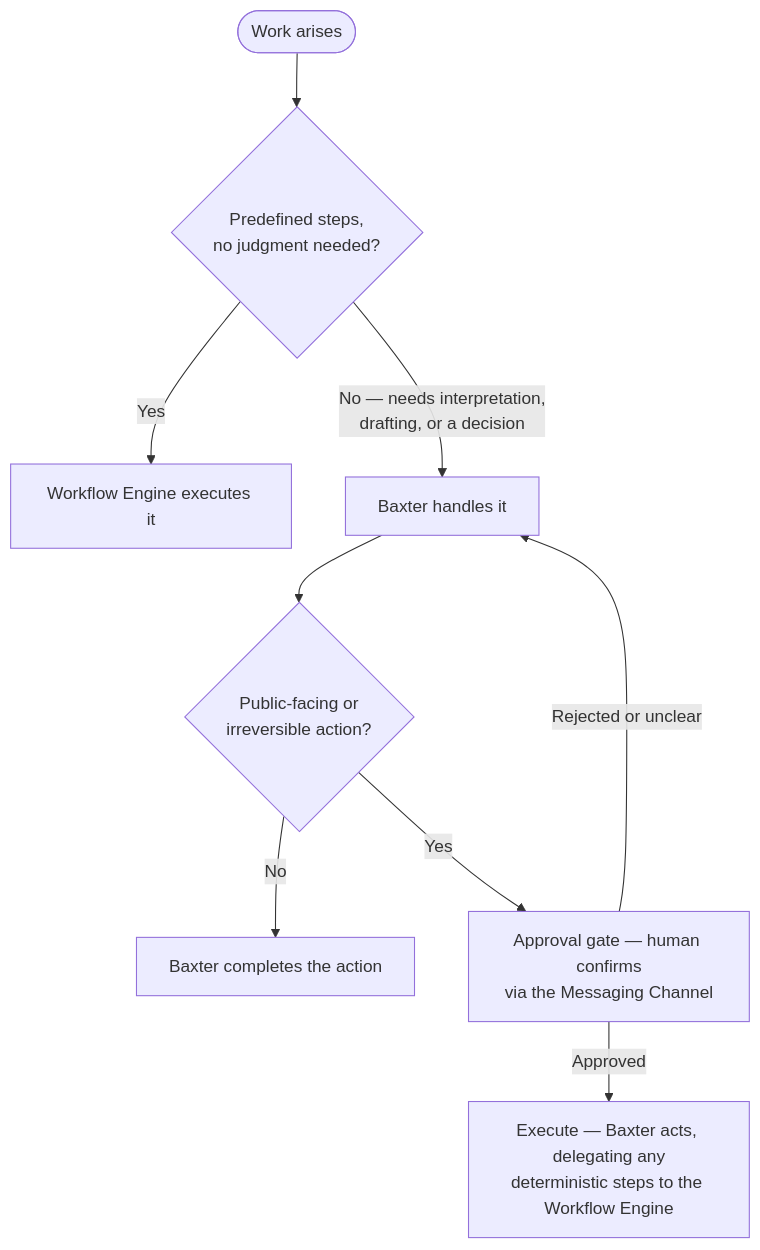
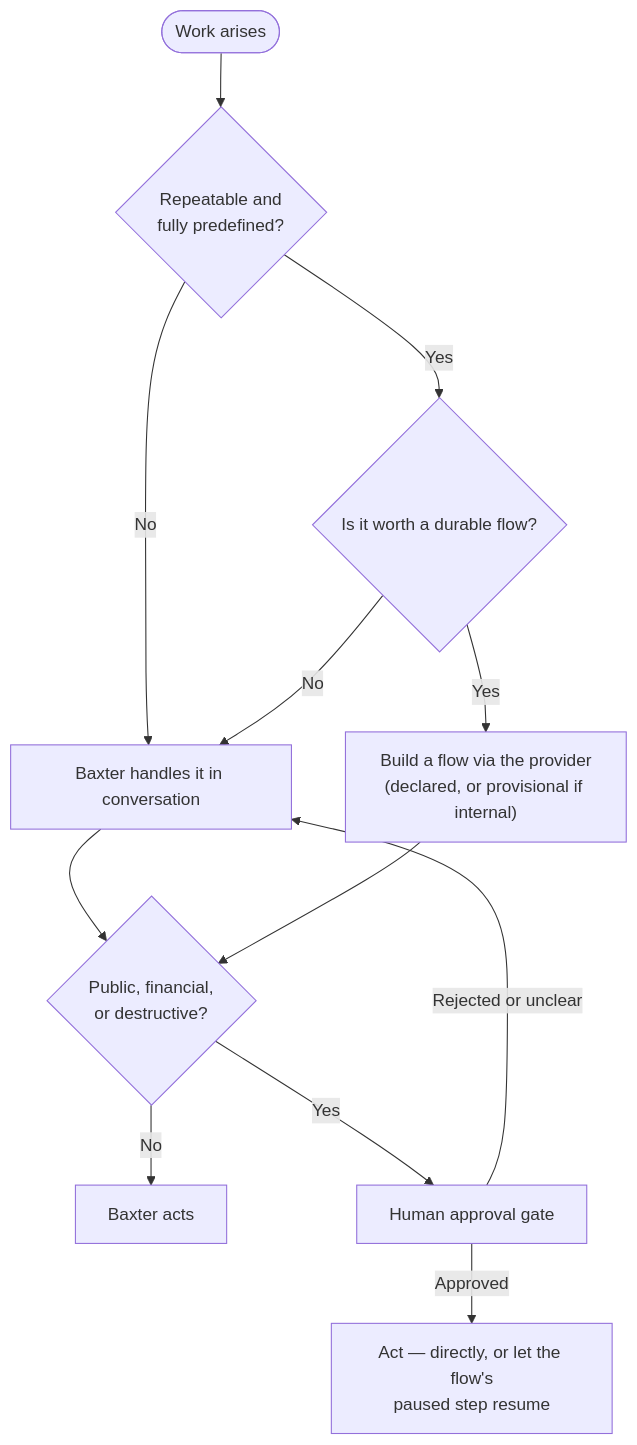
The first of 3 diagrams in references/framework.md (JexxaJ/baxter), drawn with Mermaid before and after one commit. The commit also changed other lines of this file and 28 other files, not shown here.

````diff
--- a/references/framework.md
+++ b/references/framework.md
@@ -92,11 +86,14 @@
 ```mermaid
 flowchart TD
-    T(["Work arises"]) --> Q1{"Predefined steps,<br/>no judgment needed?"}
-    Q1 -->|"Yes"| WFE["Workflow Engine executes it"]
-    Q1 -->|"No — needs interpretation,<br/>drafting, or a decision"| BAX["Baxter handles it"]
-    BAX --> Q2{"Public-facing or<br/>irreversible action?"}
-    Q2 -->|"No"| DONE["Baxter completes the action"]
-    Q2 -->|"Yes"| GATE["Approval gate — human confirms<br/>via the Messaging Channel"]
-    GATE -->|"Approved"| EXEC["Execute — Baxter acts, delegating any<br/>deterministic steps to the Workflow Engine"]
+    T(["Work arises"]) --> Q1{"Repeatable and<br/>fully predefined?"}
+    Q1 -->|"No"| BAX["Baxter handles it in conversation"]
+    Q1 -->|"Yes"| Q2{"Is it worth a durable flow?"}
+    Q2 -->|"No"| BAX
+    Q2 -->|"Yes"| FLOW["Build a flow via the provider<br/>(declared, or provisional if internal)"]
+    BAX --> Q3{"Public, financial,<br/>or destructive?"}
+    Q3 -->|"No"| DONE["Baxter acts"]
+    Q3 -->|"Yes"| GATE["Human approval gate"]
+    FLOW --> Q3
+    GATE -->|"Approved"| EXEC["Act — directly, or let the flow's<br/>paused step resume"]
     GATE -->|"Rejected or unclear"| BAX
 ```
````
